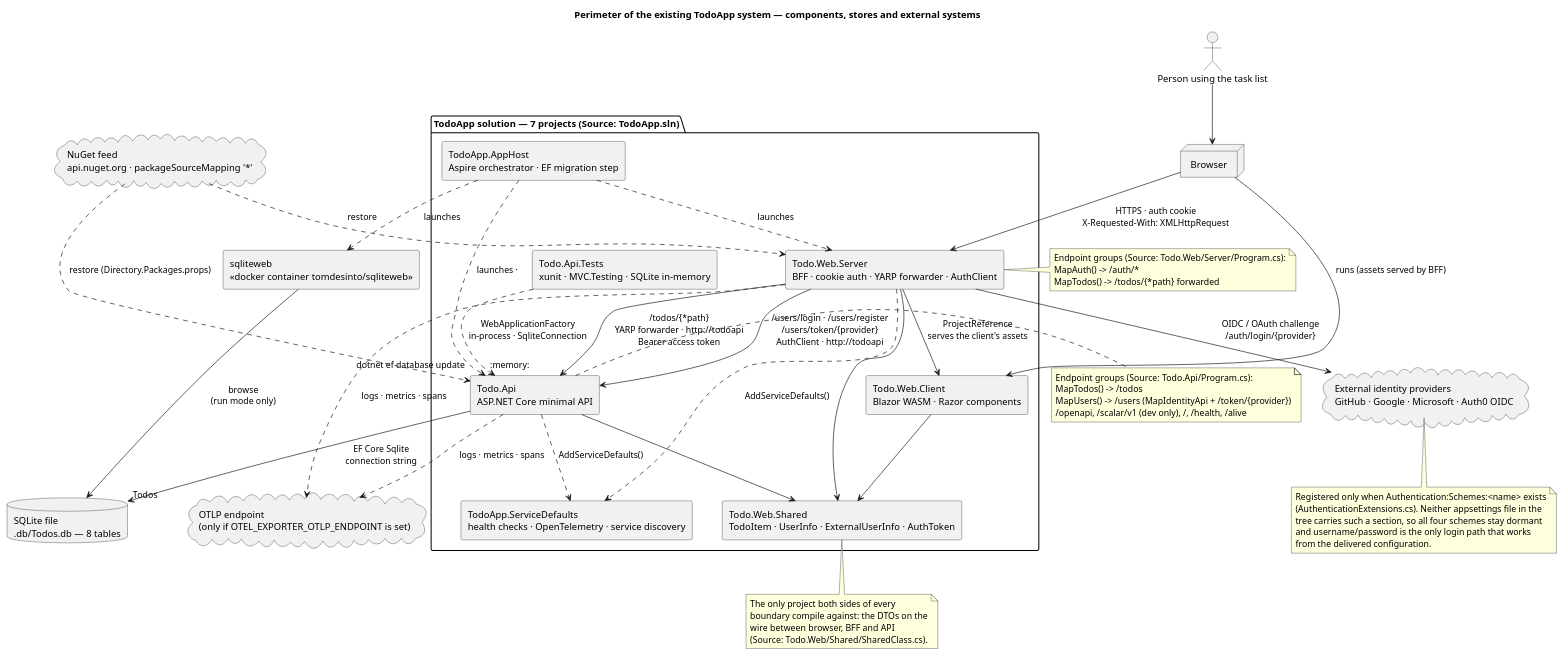
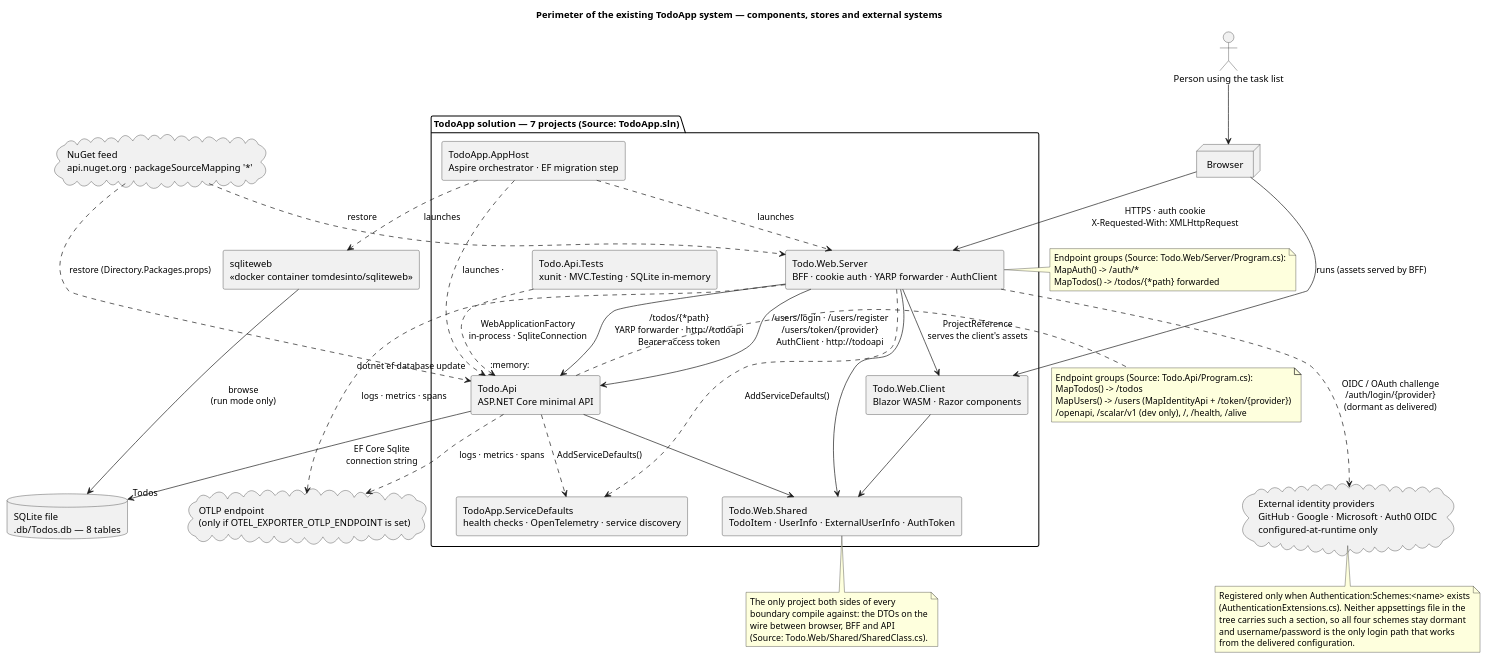
The first of 6 diagrams in docs/artifacts/discovery/system-inventory.md (banense-test/TodoApp), drawn with PlantUML before and after one commit. The commit also changed other lines of this file, not shown here.

````diff
--- a/docs/artifacts/discovery/system-inventory.md
+++ b/docs/artifacts/discovery/system-inventory.md
@@ -8,74 +10,74 @@
 ```plantuml
 @startuml
 title Perimeter of the existing TodoApp system — components, stores and external systems
 skinparam componentStyle rectangle
 skinparam shadowing false
 
 actor "Person using the task list" as USER
 
 package "TodoApp solution — 7 projects (Source: TodoApp.sln)" {
   component "Todo.Web.Client\nBlazor WASM · Razor components" as WASM
   component "Todo.Web.Shared\nTodoItem · UserInfo · ExternalUserInfo · AuthToken" as SHARED
   component "Todo.Web.Server\nBFF · cookie auth · YARP forwarder · AuthClient" as BFF
   component "Todo.Api\nASP.NET Core minimal API" as API
   component "TodoApp.ServiceDefaults\nhealth checks · OpenTelemetry · service discovery" as SD
   component "TodoApp.AppHost\nAspire orchestrator · EF migration step" as APPHOST
   component "Todo.Api.Tests\nxunit · MVC.Testing · SQLite in-memory" as TESTS
 }
 
 node "Browser" as BROWSER
 database "SQLite file\n.db/Todos.db — 8 tables" as DB
 component "sqliteweb\n<<docker container tomdesinto/sqliteweb>>" as SQLWEB
-cloud "External identity providers\nGitHub · Google · Microsoft · Auth0 OIDC" as EXT
+cloud "External identity providers\nGitHub · Google · Microsoft · Auth0 OIDC\nconfigured-at-runtime only" as EXT
 cloud "OTLP endpoint\n(only if OTEL_EXPORTER_OTLP_ENDPOINT is set)" as OTLP
 cloud "NuGet feed\napi.nuget.org · packageSourceMapping '*'" as NUGET
 
 USER --> BROWSER
 BROWSER --> WASM : runs (assets served by BFF)
 BROWSER --> BFF : HTTPS · auth cookie\nX-Requested-With: XMLHttpRequest
 BFF --> API : /todos/{*path}\nYARP forwarder · http://todoapi\nBearer access token
 BFF --> API : /users/login · /users/register\n/users/token/{provider}\nAuthClient · http://todoapi
-BFF --> EXT : OIDC / OAuth challenge\n/auth/login/{provider}
+BFF -.-> EXT : OIDC / OAuth challenge\n/auth/login/{provider}\n(dormant as delivered)
 API --> DB : EF Core Sqlite\nconnection string "Todos"
 SQLWEB --> DB : browse\n(run mode only)
 APPHOST ..> API : launches · "dotnet ef database update"
 APPHOST ..> BFF : launches
 APPHOST ..> SQLWEB : launches
 API ..> SD : AddServiceDefaults()
 BFF ..> SD : AddServiceDefaults()
 TESTS ..> API : WebApplicationFactory\nin-process · SqliteConnection ":memory:"
 API ..> OTLP : logs · metrics · spans
 BFF ..> OTLP : logs · metrics · spans
 NUGET ..> API : restore (Directory.Packages.props)
 NUGET ..> BFF : restore
 BFF --> WASM : ProjectReference\nserves the client's assets
 BFF --> SHARED
 WASM --> SHARED
 API --> SHARED
 
 note right of API
   Endpoint groups (Source: Todo.Api/Program.cs):
   MapTodos() -> /todos
   MapUsers() -> /users (MapIdentityApi + /token/{provider})
   /openapi, /scalar/v1 (dev only), /, /health, /alive
 end note
 note right of BFF
   Endpoint groups (Source: Todo.Web/Server/Program.cs):
   MapAuth() -> /auth/*
   MapTodos() -> /todos/{*path} forwarded
 end note
 note bottom of SHARED
   The only project both sides of every
   boundary compile against: the DTOs on the
   wire between browser, BFF and API
   (Source: Todo.Web/Shared/SharedClass.cs).
 end note
 note bottom of EXT
   Registered only when Authentication:Schemes:<name> exists
   (AuthenticationExtensions.cs). Neither appsettings file in the
   tree carries such a section, so all four schemes stay dormant
   and username/password is the only login path that works
   from the delivered configuration.
 end note
 @enduml
 ```
````
